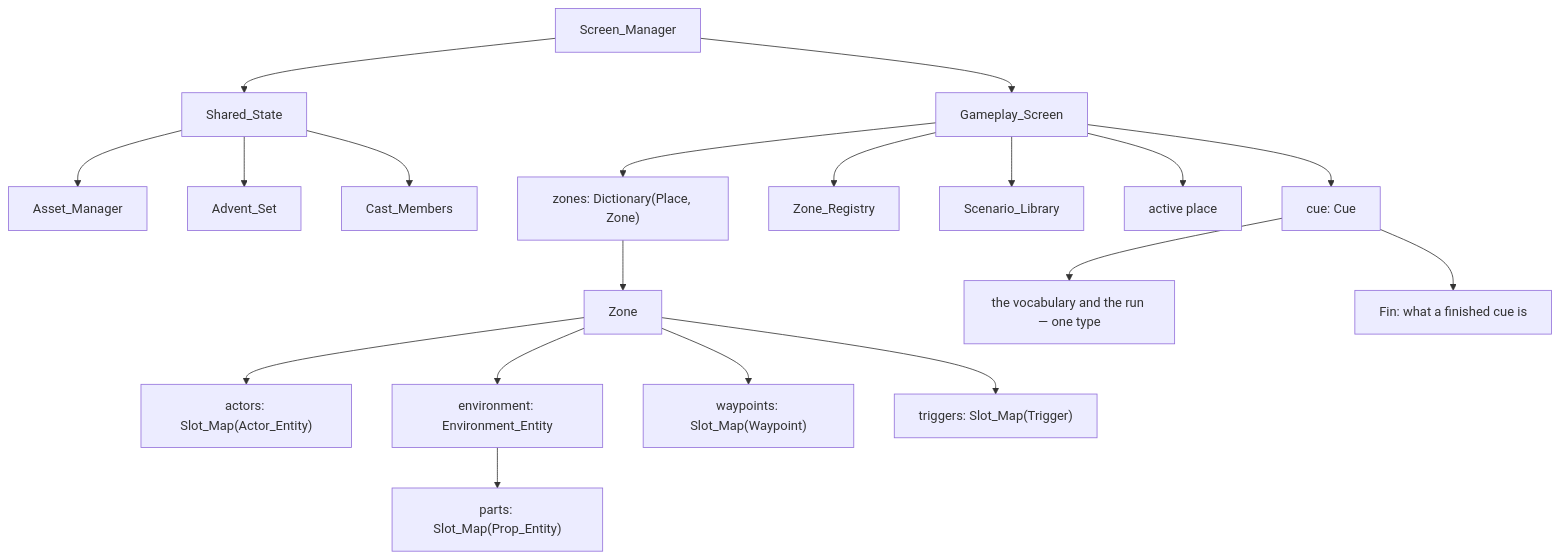
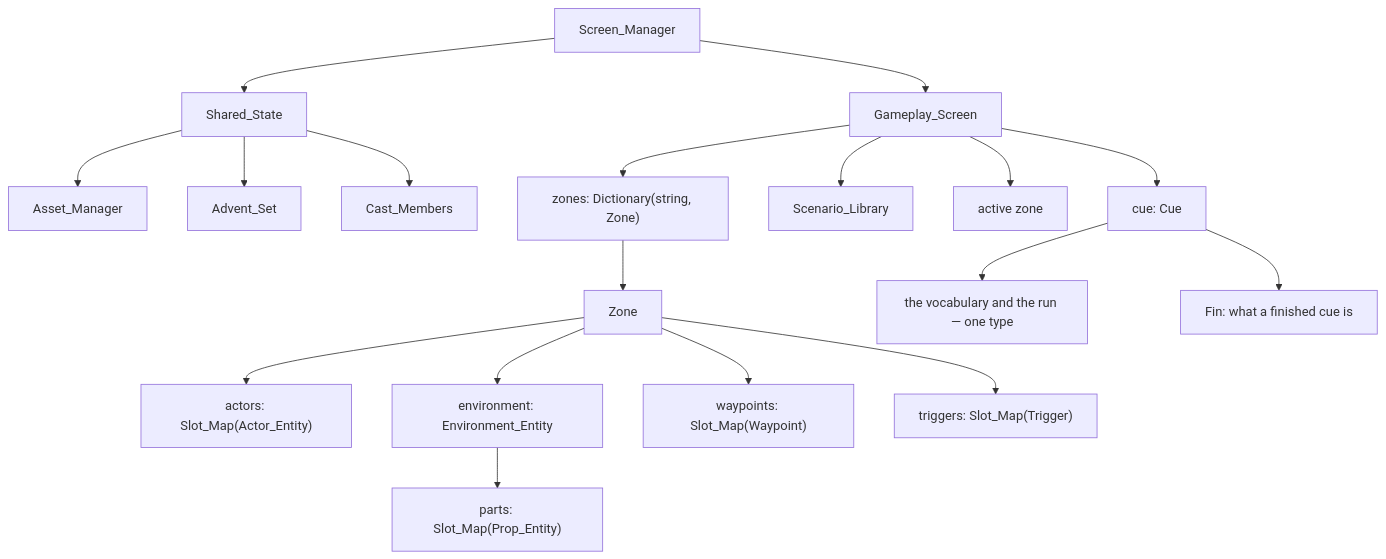
One commit to fswadling/Sugoi changed the diagram in docs/ARCHITECTURE.md. Above: the diagram before and after it, drawn with Mermaid. The commit also changed other lines of this file and 42 other files, not shown here.

````diff
--- a/docs/ARCHITECTURE.md
+++ b/docs/ARCHITECTURE.md
@@ -209,25 +208,24 @@
 ```mermaid
 graph TD
     SM[Screen_Manager] --> SS[Shared_State]
     SM --> GS[Gameplay_Screen]
     SS --> AM[Asset_Manager]
     SS --> ADV[Advent_Set]
     SS --> CAST[Cast_Members]
 
-    GS --> ZONES["zones: Dictionary(Place, Zone)"]
-    GS --> ZR[Zone_Registry]
+    GS --> ZONES["zones: Dictionary(string, Zone)"]
     GS --> SL[Scenario_Library]
-    GS --> ACTIVE["active place"]
+    GS --> ACTIVE["active zone"]
     GS --> C["cue: Cue"]
     ZONES --> Z[Zone]
 
     Z --> SA["actors: Slot_Map(Actor_Entity)"]
     Z --> ENV["environment: Environment_Entity"]
     Z --> SW["waypoints: Slot_Map(Waypoint)"]
     Z --> ST["triggers: Slot_Map(Trigger)"]
 
     ENV --> SP["parts: Slot_Map(Prop_Entity)"]
 
     C --> CQ["the vocabulary and the run — one type"]
     C --> CF["Fin: what a finished cue is"]
 ```
````
